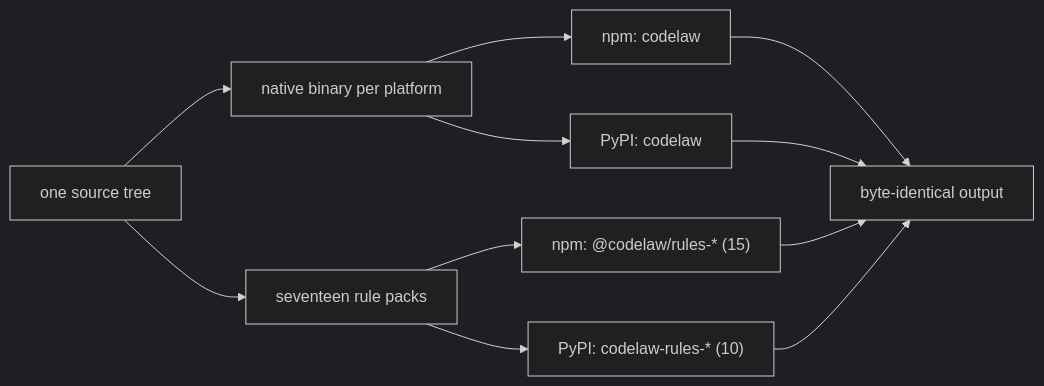
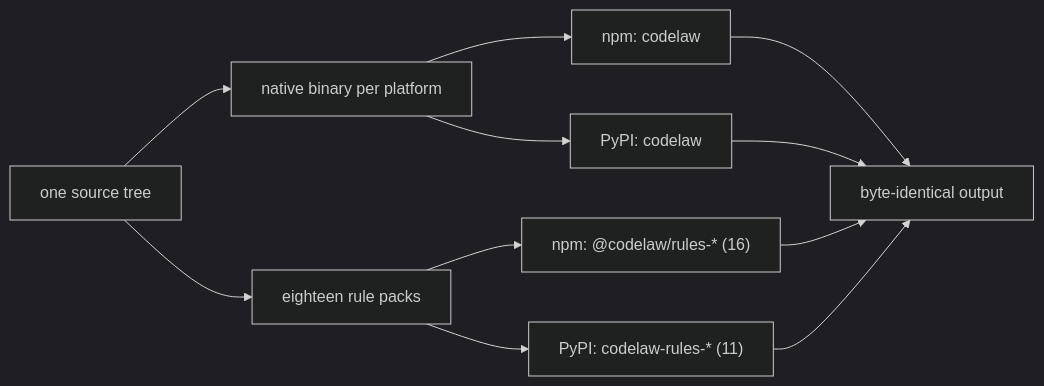
The diagram in records/0008_LAW-6-python-and-node-packages.md (arpitarya/codelaw), drawn with Mermaid (dark theme) before and after one commit. The commit also changed other lines of this file and 46 other files, not shown here.

First line of the commit message:
W-103: the spell pack's first increment — packs/spell with spell/known-typo (auto fix, nine languages) and 188,151 known typos generated from SCOWL by scripts/spell-data.py; eighteen first-party packs

````diff
--- a/records/0008_LAW-6-python-and-node-packages.md
+++ b/records/0008_LAW-6-python-and-node-packages.md
@@ -31,13 +31,13 @@
 ```mermaid
 flowchart LR
     B["one source tree"] --> X["native binary per platform"]
     X --> N["npm: codelaw"]
     X --> Y["PyPI: codelaw"]
-    B --> R["seventeen rule packs"]
-    R --> N2["npm: @codelaw/rules-* (15)"]
-    R --> Y2["PyPI: codelaw-rules-* (10)"]
+    B --> R["eighteen rule packs"]
+    R --> N2["npm: @codelaw/rules-* (16)"]
+    R --> Y2["PyPI: codelaw-rules-* (11)"]
     N --> O["byte-identical output"]
     Y --> O
     N2 --> O
     Y2 --> O
 ```
````
